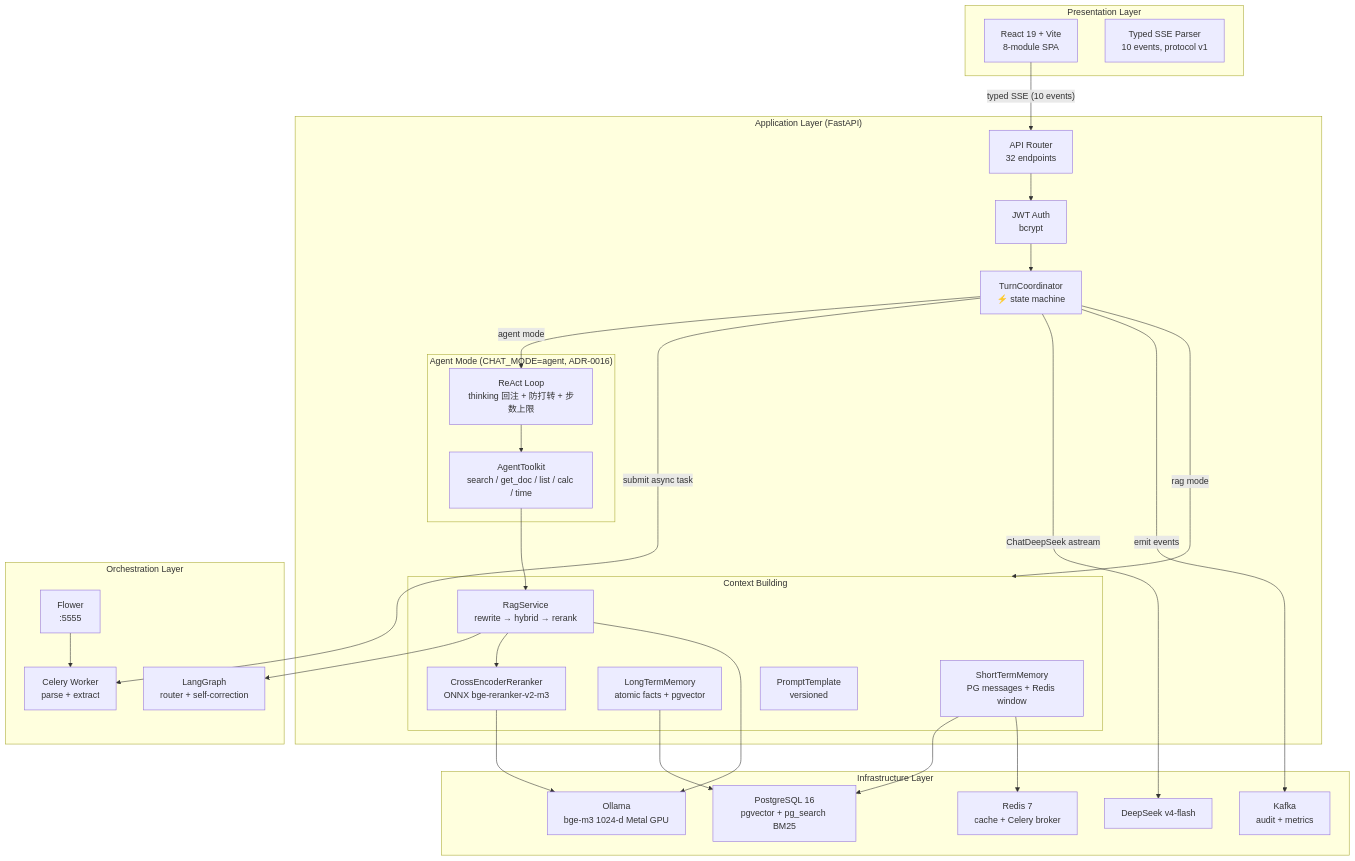
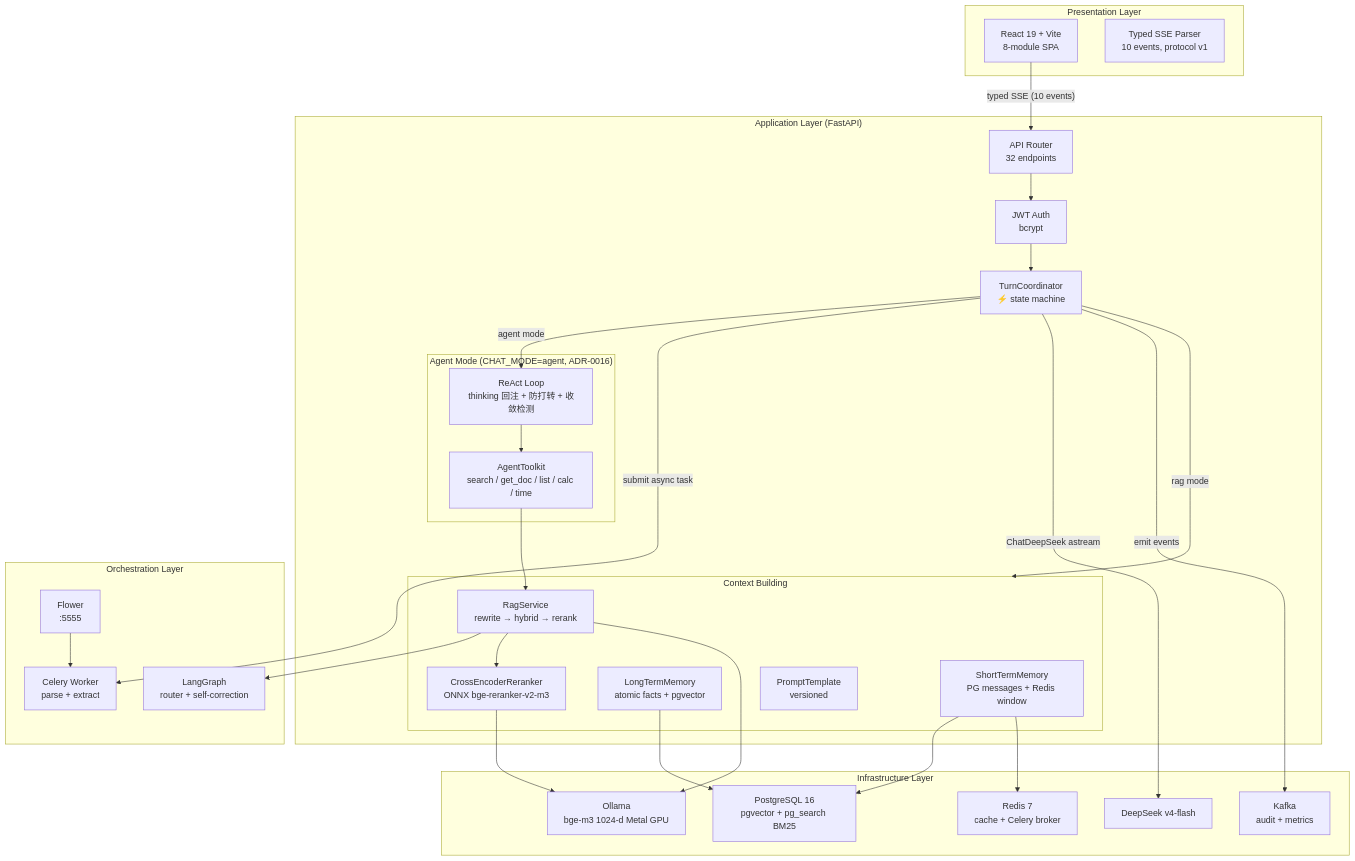
One commit to KevinDeng-0411/CodeAware changed the first of 5 diagrams in README.md. Above: the diagram before and after it, drawn with Mermaid. The commit also changed other lines of this file and 1 other file, not shown here.

First line of the commit message:
docs: README 反映 Agent 停止判断优化（收敛检测）

````diff
--- a/README.md
+++ b/README.md
@@ -124,59 +124,59 @@
 ```mermaid
 graph TB
     subgraph Presentation["Presentation Layer"]
         React["React 19 + Vite<br/>8-module SPA"]
         SSE["Typed SSE Parser<br/>10 events, protocol v1"]
     end
 
     subgraph Application["Application Layer (FastAPI)"]
         Router["API Router<br/>32 endpoints"]
         Auth["JWT Auth<br/>bcrypt"]
         TC["TurnCoordinator<br/>⚡ state machine"]
 
         subgraph Context["Context Building"]
             STM["ShortTermMemory<br/>PG messages + Redis window"]
             LTM["LongTermMemory<br/>atomic facts + pgvector"]
             RAG["RagService<br/>rewrite → hybrid → rerank"]
             RR["CrossEncoderReranker<br/>ONNX bge-reranker-v2-m3"]
             PT["PromptTemplate<br/>versioned"]
         end
 
         subgraph Agent["Agent Mode (CHAT_MODE=agent, ADR-0016)"]
-            RL["ReAct Loop<br/>thinking 回注 + 防打转 + 步数上限"]
+            RL["ReAct Loop<br/>thinking 回注 + 防打转 + 收敛检测"]
             AT["AgentToolkit<br/>search / get_doc / list / calc / time"]
         end
     end
 
     subgraph Orchestration["Orchestration Layer"]
         LG["LangGraph<br/>router + self-correction"]
         Celery["Celery Worker<br/>parse + extract"]
         Flower["Flower<br/>:5555"]
     end
 
     subgraph Infrastructure["Infrastructure Layer"]
         PG["PostgreSQL 16<br/>pgvector + pg_search BM25"]
         Redis["Redis 7<br/>cache + Celery broker"]
         Kafka["Kafka<br/>audit + metrics"]
         Ollama["Ollama<br/>bge-m3 1024-d Metal GPU"]
         DS["DeepSeek v4-flash"]
     end
 
     React -->|"typed SSE (10 events)"| Router
     Router --> Auth
     Auth --> TC
     TC -->|"rag mode"| Context
     TC -->|"agent mode"| RL
     RL --> AT
     AT --> RAG
     RAG --> LG
     RAG --> RR
     TC -->|"submit async task"| Celery
     Flower --> Celery
     STM --> PG
     STM --> Redis
     LTM --> PG
     RR --> Ollama
     RAG --> Ollama
     TC -->|"ChatDeepSeek astream"| DS
     TC -->|"emit events"| Kafka
 ```
````
